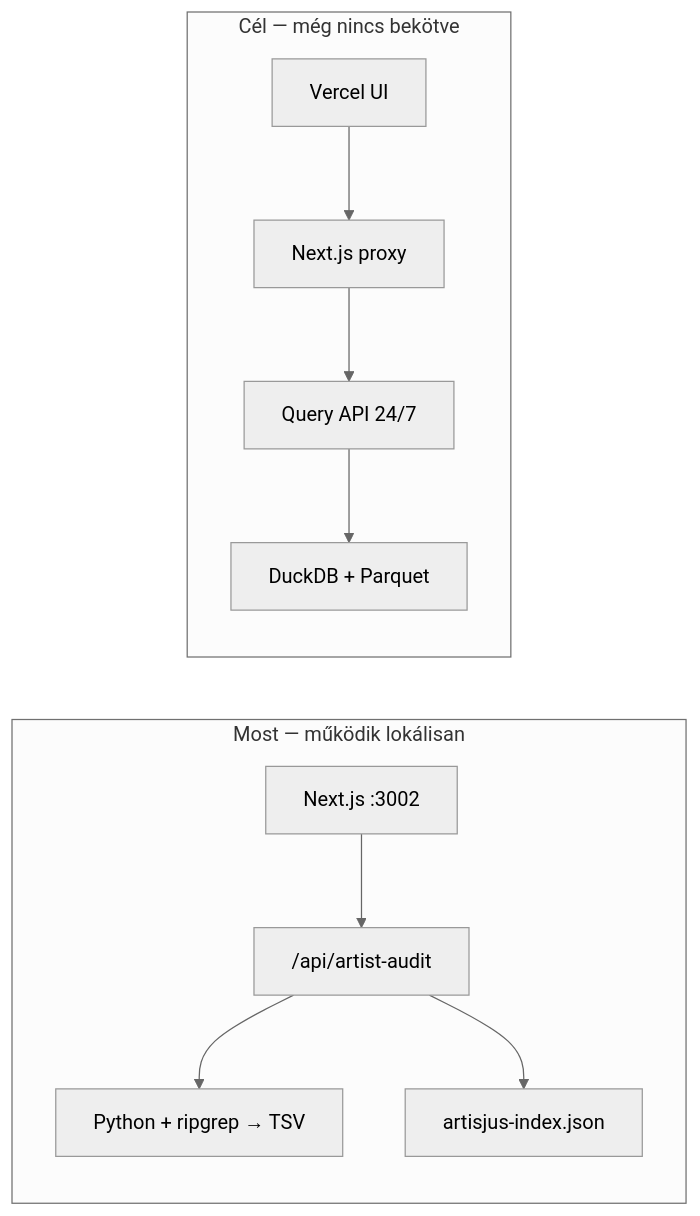
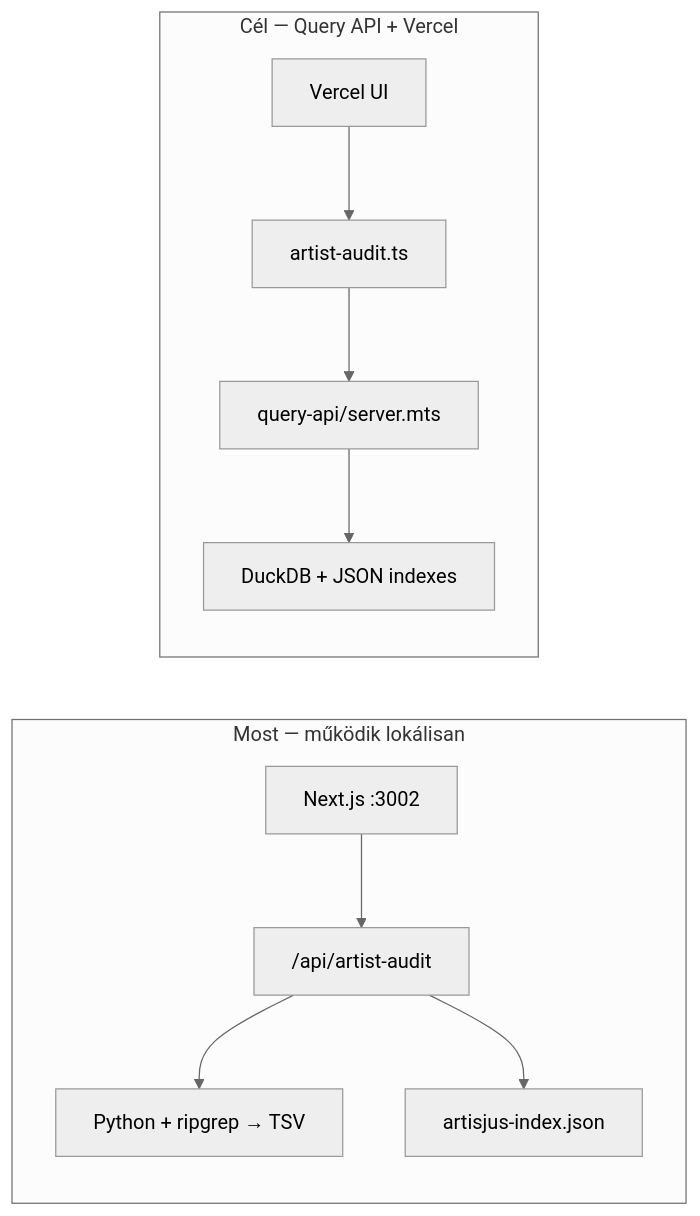
One commit to renhorvath/blackboxauditor changed the diagram in HANDOFF.md. Above: the diagram before and after it, drawn with Mermaid (neutral theme). The commit also changed other lines of this file and 18 other files, not shown here.

First line of the commit message:
feat: query API backend and Vercel-safe artist audit

````diff
--- a/HANDOFF.md
+++ b/HANDOFF.md
@@ -23,20 +23,20 @@
 ```mermaid
 flowchart LR
   subgraph now ["Most — működik lokálisan"]
     UI["Next.js :3002"]
     AA["/api/artist-audit"]
     MLC["Python + ripgrep → TSV"]
     AJ["artisjus-index.json"]
     UI --> AA
     AA --> MLC
     AA --> AJ
   end
 
-  subgraph goal ["Cél — még nincs bekötve"]
+  subgraph goal ["Cél — Query API + Vercel"]
     Vercel["Vercel UI"]
-  Proxy["Next.js proxy"]
-  API["Query API 24/7"]
-  DDB["DuckDB + Parquet"]
-  Vercel --> Proxy --> API --> DDB
+    Proxy["artist-audit.ts"]
+    API["query-api/server.mts"]
+    DDB["DuckDB + JSON indexes"]
+    Vercel --> Proxy --> API --> DDB
   end
 ```
````
